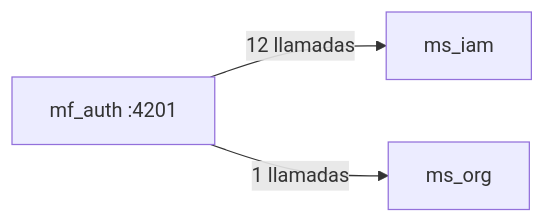
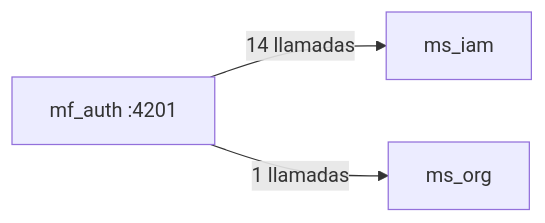
Before and after one commit to jdtovar07/MSPI_NVA_CO_DOCS: the diagram in Documentacion-Frontend/mf_auth/08-Mapa-Rutas-y-Endpoints.md, drawn with Mermaid. The commit also changed other lines of this file and 14 other files, not shown here.

First line of the commit message:
docs(legal): document consent table MER and acceptance flow

````diff
--- a/Documentacion-Frontend/mf_auth/08-Mapa-Rutas-y-Endpoints.md
+++ b/Documentacion-Frontend/mf_auth/08-Mapa-Rutas-y-Endpoints.md
@@ -51,6 +54,6 @@
 ```mermaid
 flowchart LR
   MF["mf_auth :4201"]
-  MF -- "12 llamadas" --> ms_iam["ms_iam"]
+  MF -- "14 llamadas" --> ms_iam["ms_iam"]
   MF -- "1 llamadas" --> ms_org["ms_org"]
 ```
````
